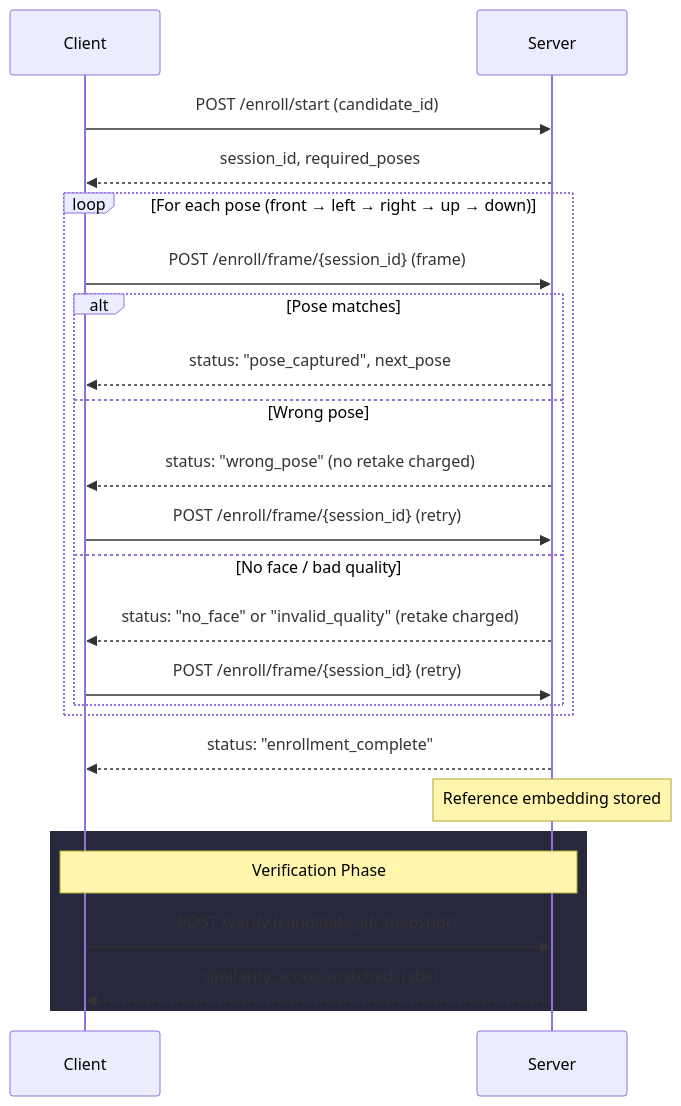
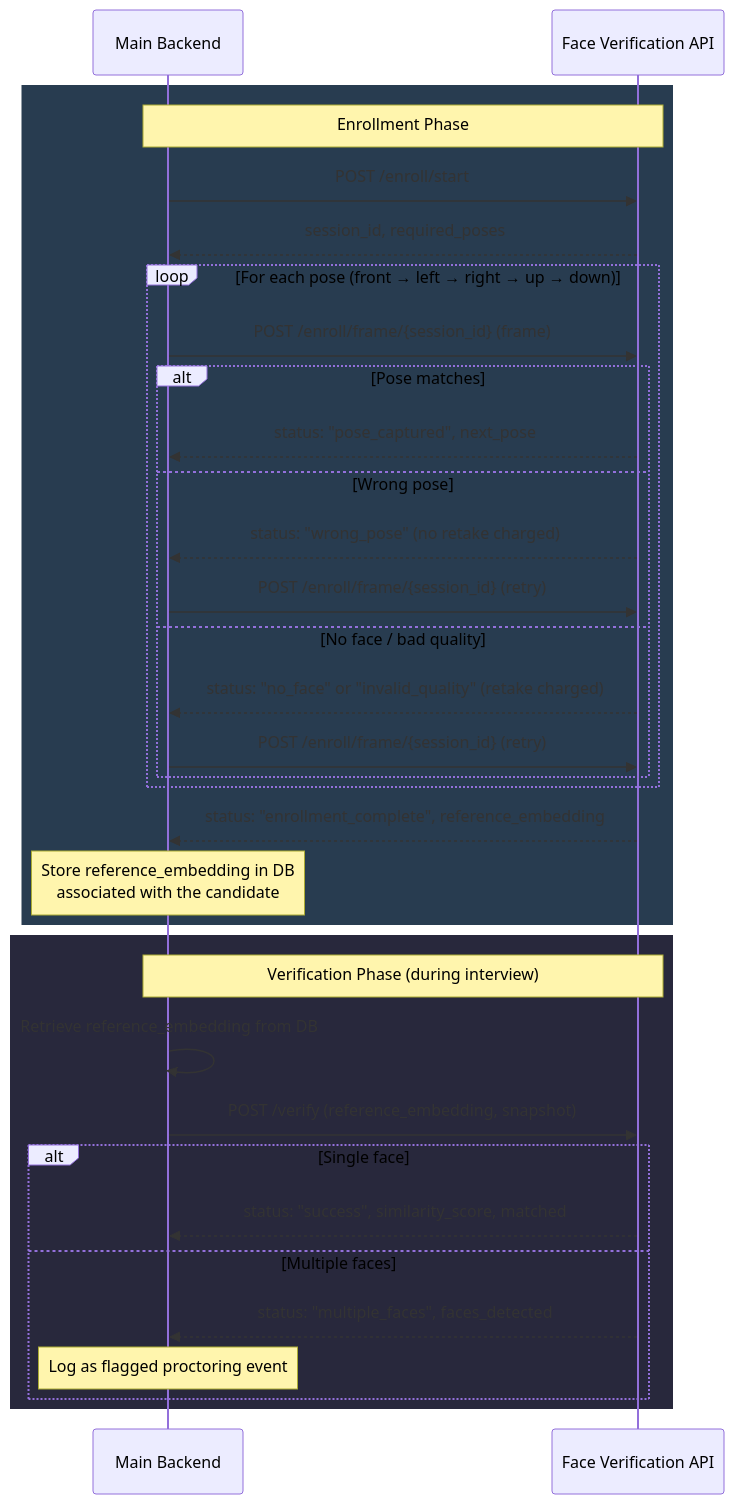
The diagram in API_DOCS.md (yassminosama/FaceVerification), drawn with Mermaid before and after one commit. The commit also changed other lines of this file, not shown here.

````diff
--- a/API_DOCS.md
+++ b/API_DOCS.md
@@ -339,30 +380,39 @@
 ```mermaid
 sequenceDiagram
-    participant C as Client
-    participant S as Server
+    participant MB as Main Backend
+    participant FV as Face Verification API
 
-    C->>S: POST /enroll/start (candidate_id)
-    S-->>C: session_id, required_poses
+    rect rgb(40, 60, 80)
+        Note over MB,FV: Enrollment Phase
+        MB->>FV: POST /enroll/start
+        FV-->>MB: session_id, required_poses
 
-    loop For each pose (front → left → right → up → down)
-        C->>S: POST /enroll/frame/{session_id} (frame)
-        alt Pose matches
-            S-->>C: status: "pose_captured", next_pose
-        else Wrong pose
-            S-->>C: status: "wrong_pose" (no retake charged)
-            C->>S: POST /enroll/frame/{session_id} (retry)
-        else No face / bad quality
-            S-->>C: status: "no_face" or "invalid_quality" (retake charged)
-            C->>S: POST /enroll/frame/{session_id} (retry)
+        loop For each pose (front → left → right → up → down)
+            MB->>FV: POST /enroll/frame/{session_id} (frame)
+            alt Pose matches
+                FV-->>MB: status: "pose_captured", next_pose
+            else Wrong pose
+                FV-->>MB: status: "wrong_pose" (no retake charged)
+                MB->>FV: POST /enroll/frame/{session_id} (retry)
+            else No face / bad quality
+                FV-->>MB: status: "no_face" or "invalid_quality" (retake charged)
+                MB->>FV: POST /enroll/frame/{session_id} (retry)
+            end
+        end
+
+        FV-->>MB: status: "enrollment_complete", reference_embedding
+        Note over MB: Store reference_embedding in DB<br/>associated with the candidate
+    end
+
+    rect rgb(40, 40, 60)
+        Note over MB,FV: Verification Phase (during interview)
+        MB->>MB: Retrieve reference_embedding from DB
+        MB->>FV: POST /verify (reference_embedding, snapshot)
+        alt Single face
+            FV-->>MB: status: "success", similarity_score, matched
+        else Multiple faces
+            FV-->>MB: status: "multiple_faces", faces_detected
+            Note over MB: Log as flagged proctoring event
         end
     end
-
-    S-->>C: status: "enrollment_complete"
-    Note over S: Reference embedding stored
-
-    rect rgb(40, 40, 60)
-        Note over C,S: Verification Phase
-        C->>S: POST /verify (candidate_id, snapshot)
-        S-->>C: similarity_score, matched, label
-    end
 ```
````
